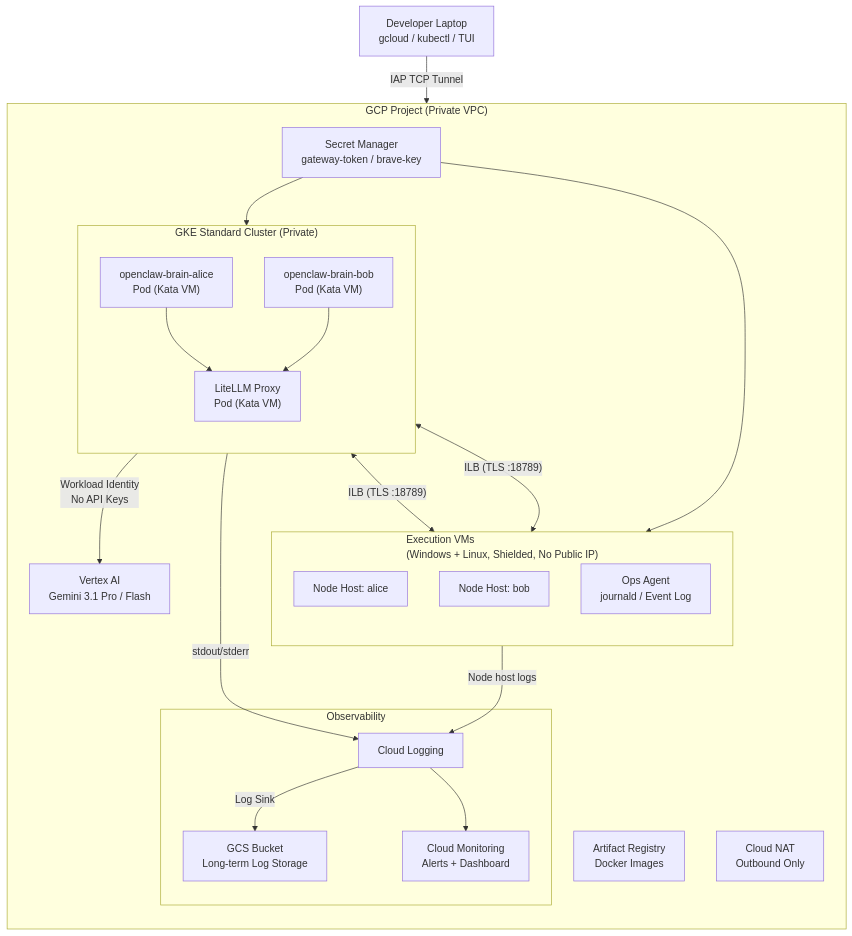
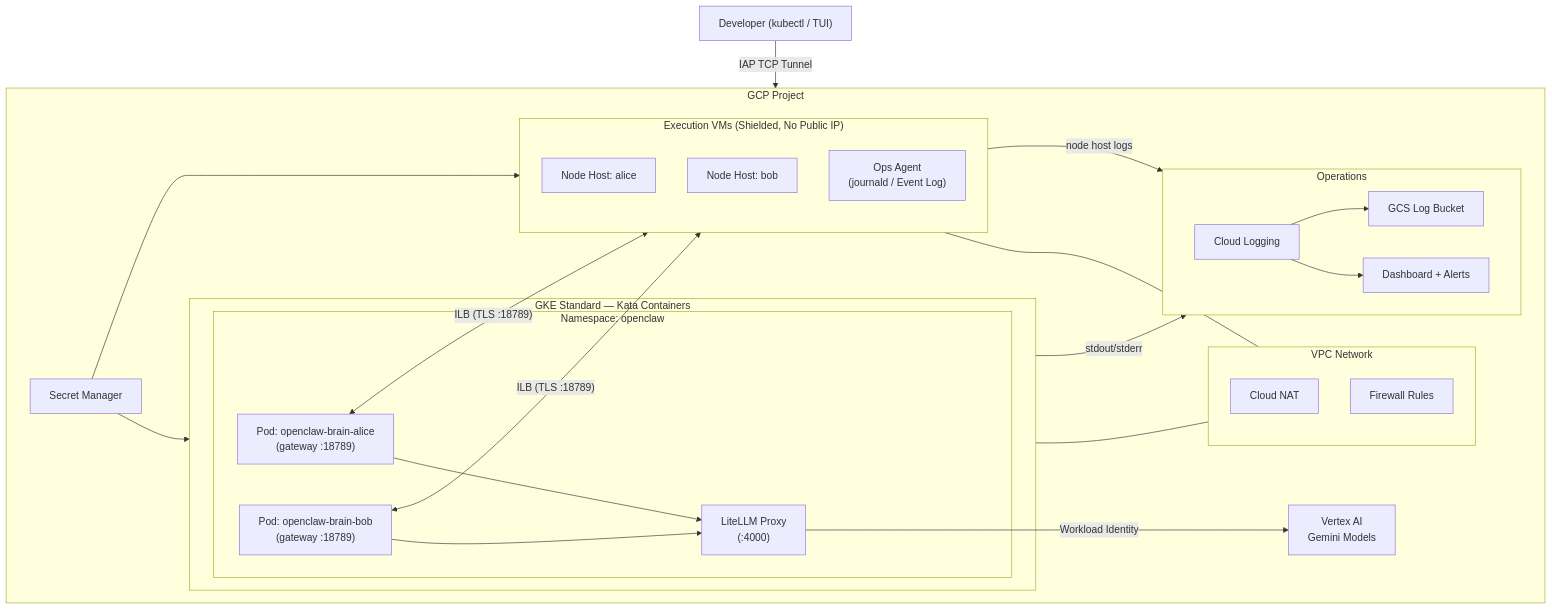
Before and after one commit to zken-cloud/openclaw-gke: the second of 4 diagrams in README.md, drawn with Mermaid. The commit also changed other lines of this file, not shown here.

Commit message:
Revamp README with back-to-top navigation, clean diagrams, and step-by-step guides

````diff
--- a/README.md
+++ b/README.md
@@ -69,47 +100,54 @@
 ```mermaid
 graph TD
-    DEV["Developer Laptop<br/>gcloud / kubectl / TUI"]
-    DEV -->|IAP TCP Tunnel| GCP
+    Dev["Developer (kubectl / TUI)"]
 
-    subgraph GCP["GCP Project (Private VPC)"]
-        direction TB
+    Dev -->|"IAP TCP Tunnel"| GCP
 
-        subgraph GKE["GKE Standard Cluster (Private)"]
-            direction TB
-            ALICE_POD["openclaw-brain-alice<br/>Pod (Kata VM)"]
-            BOB_POD["openclaw-brain-bob<br/>Pod (Kata VM)"]
-            LITELLM["LiteLLM Proxy<br/>Pod (Kata VM)"]
-            ALICE_POD --> LITELLM
-            BOB_POD --> LITELLM
+    subgraph GCP["GCP Project"]
+
+        subgraph GKE["GKE Standard — Kata Containers"]
+            subgraph NS["Namespace: openclaw"]
+                PodA["Pod: openclaw-brain-alice\n(gateway :18789)"]
+                PodB["Pod: openclaw-brain-bob\n(gateway :18789)"]
+                LITELLM["LiteLLM Proxy\n(:4000)"]
+                PodA --> LITELLM
+                PodB --> LITELLM
+            end
         end
 
-        subgraph VM["Execution VMs<br/>(Windows + Linux, Shielded, No Public IP)"]
+        subgraph VM["Execution VMs (Shielded, No Public IP)"]
             direction TB
-            NH_ALICE["Node Host: alice"]
-            NH_BOB["Node Host: bob"]
-            OPS_AGENT["Ops Agent<br/>journald / Event Log"]
+            NH_A["Node Host: alice"]
+            NH_B["Node Host: bob"]
+            OPS["Ops Agent\n(journald / Event Log)"]
         end
 
-        SM["Secret Manager<br/>gateway-token / brave-key"]
-        AR["Artifact Registry<br/>Docker Images"]
-        NAT["Cloud NAT<br/>Outbound Only"]
-        VERTEX["Vertex AI<br/>Gemini 3.1 Pro / Flash"]
+        PodA <-->|"ILB (TLS :18789)"| NH_A
+        PodB <-->|"ILB (TLS :18789)"| NH_B
 
-        subgraph OBS["Observability"]
-            CL["Cloud Logging"]
-            CM["Cloud Monitoring<br/>Alerts + Dashboard"]
-            GCS["GCS Bucket<br/>Long-term Log Storage"]
+        LITELLM -->|"Workload Identity"| Vertex["Vertex AI\nGemini Models"]
+
+        SM["Secret Manager"] --> GKE
+        SM --> VM
+
+        subgraph Ops["Operations"]
+            direction LR
+            Logging["Cloud Logging"]
+            GCS["GCS Log Bucket"]
+            Mon["Dashboard + Alerts"]
+            Logging --> GCS
+            Logging --> Mon
         end
 
-        SM --> GKE
-        SM --> VM
-        LITELLM -->|Workload Identity<br/>No API Keys| VERTEX
-        GKE -->|stdout/stderr| CL
-        OPS_AGENT -->|Node host logs| CL
-        CL -->|Log Sink| GCS
-        CL --> CM
+        GKE -->|"stdout/stderr"| Logging
+        OPS -->|"node host logs"| Logging
+
+        subgraph Net["VPC Network"]
+            NAT["Cloud NAT"]
+            FW["Firewall Rules"]
+        end
+
+        GKE --- Net
+        VM --- Net
     end
-
-    ALICE_POD <-->|"ILB (TLS :18789)"| NH_ALICE
-    BOB_POD <-->|"ILB (TLS :18789)"| NH_BOB
 ```
````
